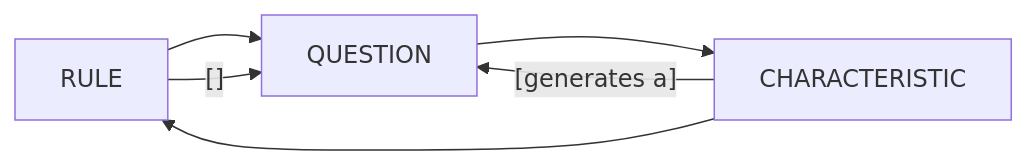
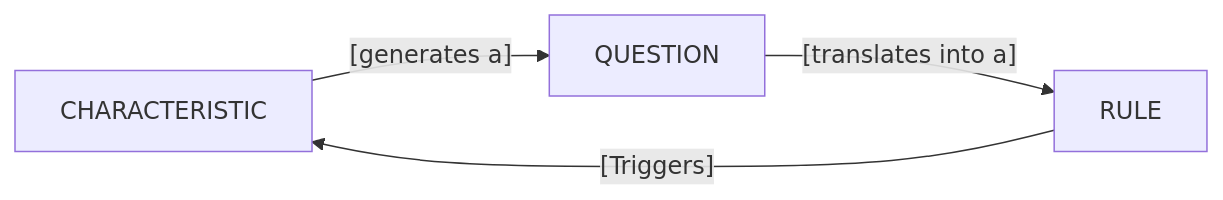
Before and after one commit to javier-gracia-tabuenca-tuni/docs_public: the third of 3 diagrams in Phenotyping/README.md, drawn with Mermaid. The commit also changed other lines of this file and 4 other files, not shown here.

````diff
--- a/Phenotyping/README.md
+++ b/Phenotyping/README.md
@@ -199,11 +200,8 @@
 ```mermaid
 flowchart LR
 
-RULE --> QUESTION
-QUESTION --> CHARACTERISTIC
-CHARACTERISTIC --> RULE
+CHARACTERISTIC --[generates a]--> QUESTION
+QUESTION --[translates into a]--> RULE
+RULE --[Triggers]--> CHARACTERISTIC
 
-CHARACTERISTIC --[generates a]--> QUESTION
-
-RULE --[]--> QUESTION
 ```
````
